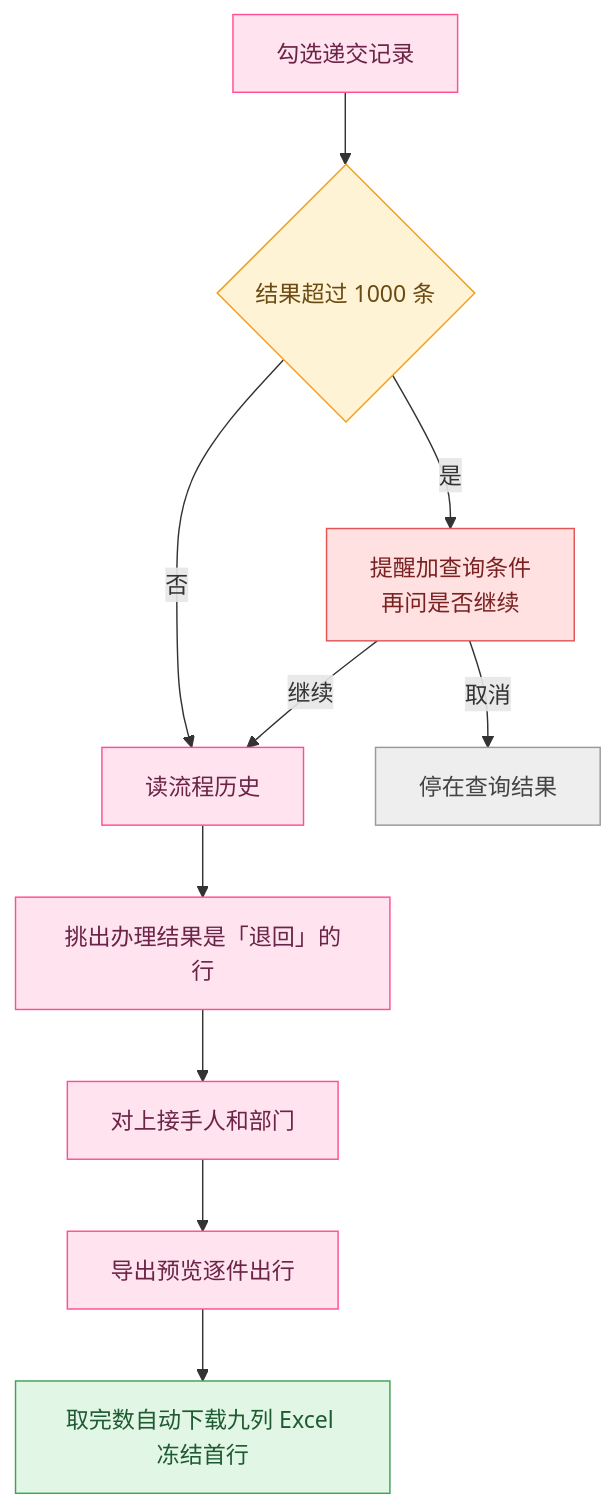
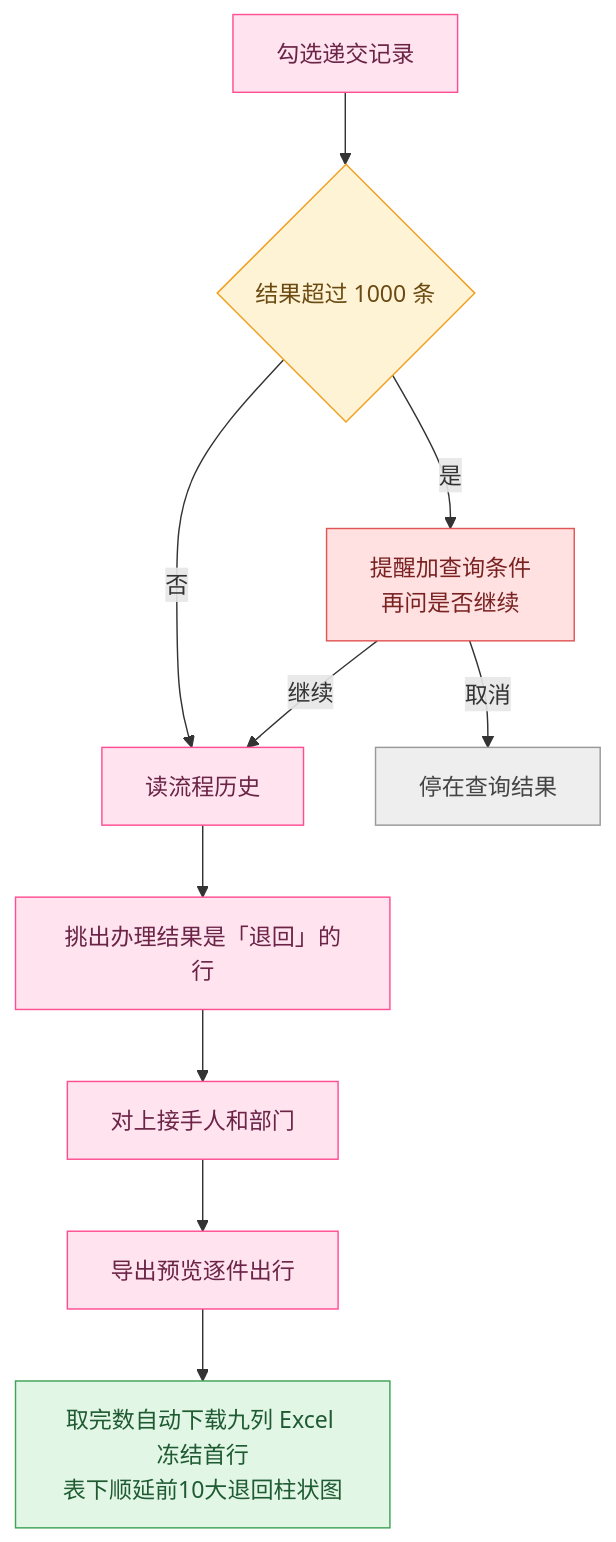
One commit to haohaizi233/patmail changed the diagram in patmail-extension/docs/workflows/递交管理-已完成导出.md. Above: the diagram before and after it, drawn with Mermaid. The commit also changed other lines of this file and 7 other files, not shown here.

First line of the commit message:
递交导出加前10大退回柱状图：每行都写我方文号

````diff
--- a/patmail-extension/docs/workflows/递交管理-已完成导出.md
+++ b/patmail-extension/docs/workflows/递交管理-已完成导出.md
@@ -5,22 +5,22 @@
 ```mermaid
 flowchart TD
   A[勾选递交记录] --> B{结果超过 1000 条}
   B -->|是| C[提醒加查询条件<br>再问是否继续]
   B -->|否| D[读流程历史]
   C -->|继续| D
   C -->|取消| X[停在查询结果]
   D --> E[挑出办理结果是「退回」的行]
   E --> F[对上接手人和部门]
   F --> G[导出预览逐件出行]
-  G --> H[取完数自动下载九列 Excel 冻结首行]
+  G --> H[取完数自动下载九列 Excel 冻结首行<br>表下顺延前10大退回柱状图]
   classDef pmStep fill:#ffe4ef,stroke:#ff4f93,color:#6b2447
   classDef pmDecision fill:#fff3d6,stroke:#f0a020,color:#6b4a12
   classDef pmWarning fill:#ffe1e1,stroke:#e25555,color:#7a2222
   classDef pmStop fill:#eee,stroke:#999,color:#444
   classDef pmSuccess fill:#e2f6e5,stroke:#3fa356,color:#1e5b32
   class A,D,E,F,G,H pmStep
   class B pmDecision
   class C pmWarning
   class H pmSuccess
   class X pmStop
 ```
````
